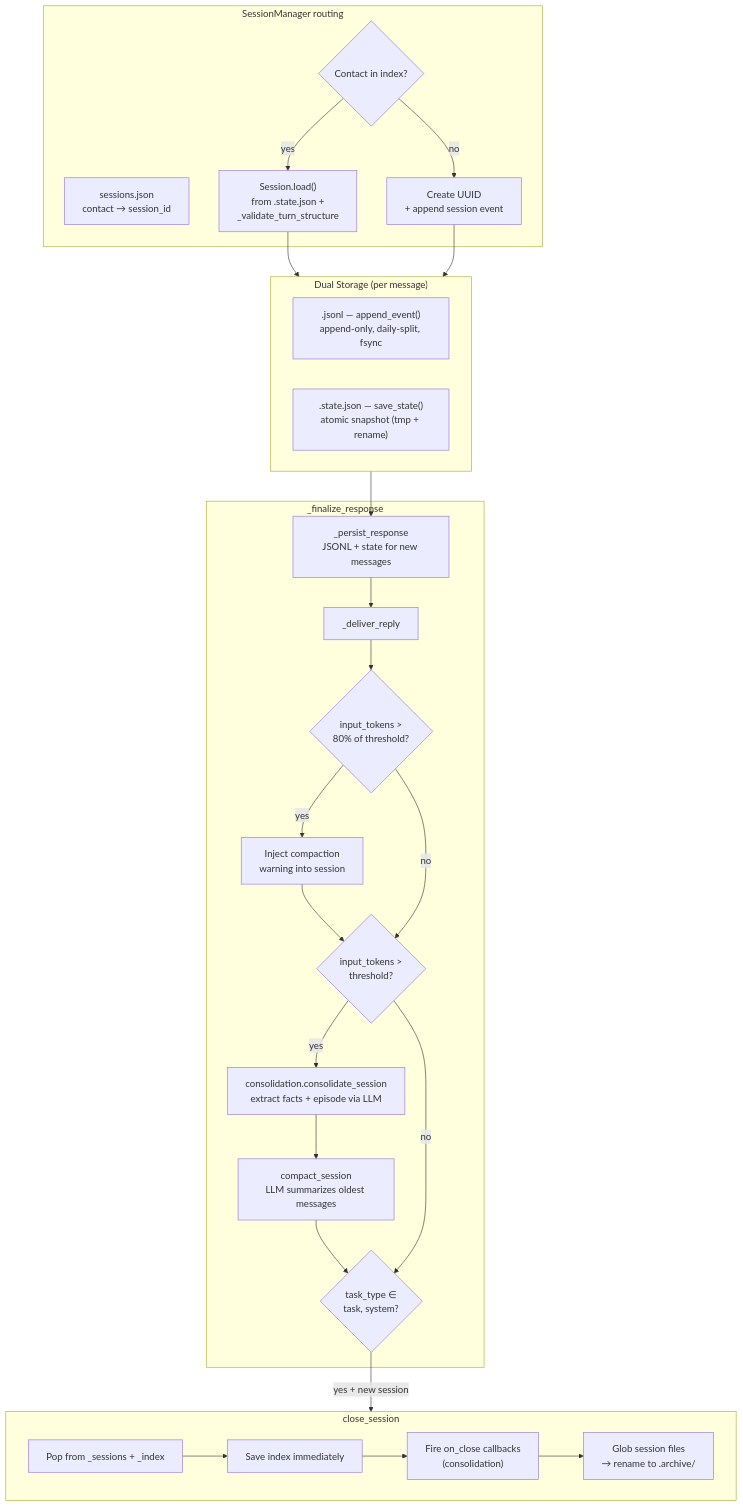
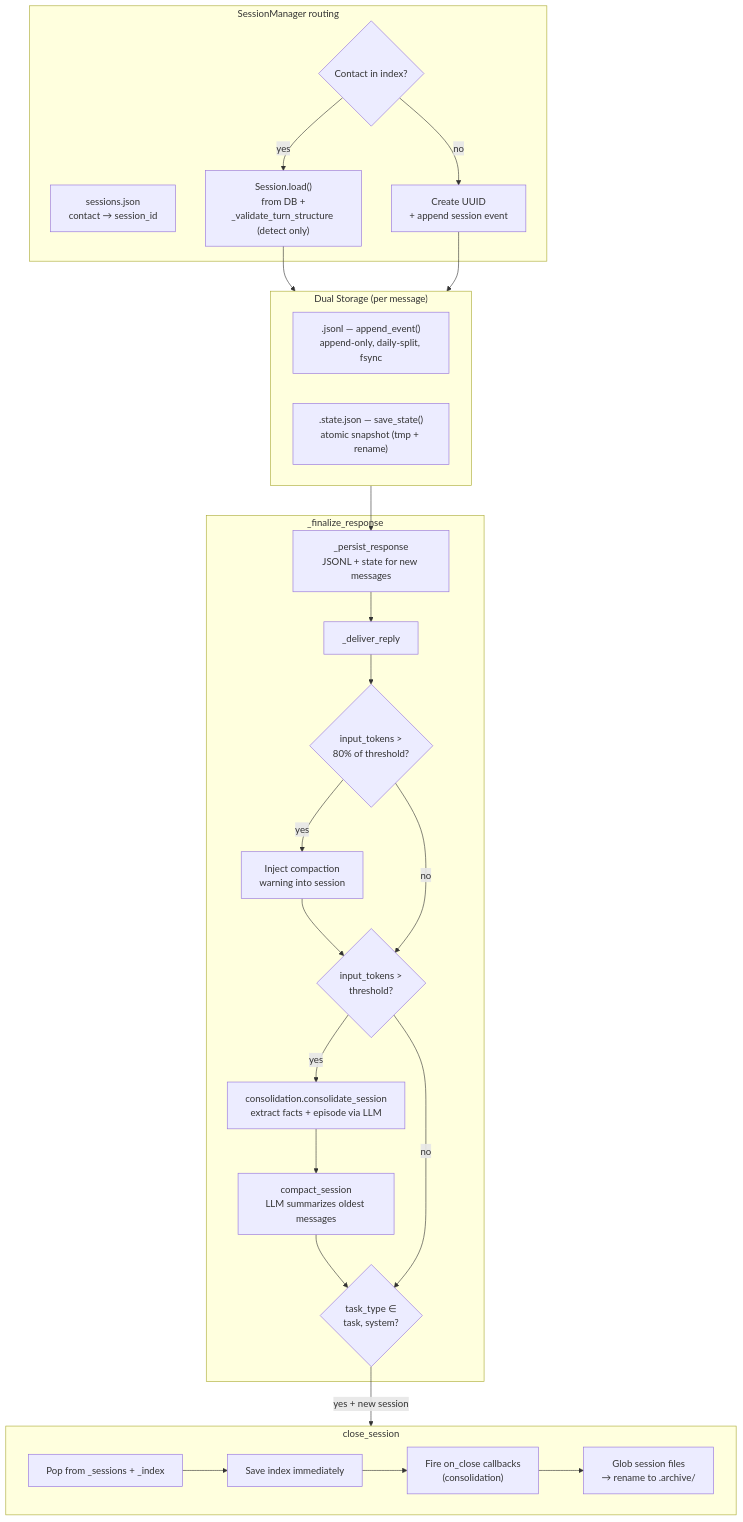
One commit to nicolasforstinger/lucyd changed the sixth of 10 diagrams in docs/diagrams.md. Above: the diagram before and after it, drawn with Mermaid. The commit also changed other lines of this file and 27 other files, not shown here.

````diff
--- a/docs/diagrams.md
+++ b/docs/diagrams.md
@@ -402,44 +398,44 @@
 ```mermaid
 flowchart TD
     subgraph Routing["SessionManager routing"]
         INDEX["sessions.json<br/>contact → session_id"]
         LOOKUP{"Contact in index?"}
-        LOAD["Session.load()<br/>from .state.json +<br/>_validate_turn_structure"]
+        LOAD["Session.load()<br/>from DB +<br/>_validate_turn_structure (detect only)"]
         NEW["Create UUID<br/>+ append session event"]
     end
 
     subgraph Storage["Dual Storage (per message)"]
         JSONL[".jsonl — append_event()<br/>append-only, daily-split, fsync"]
         STATE[".state.json — save_state()<br/>atomic snapshot (tmp + rename)"]
     end
 
     subgraph Finalize["_finalize_response"]
         PERSIST["_persist_response<br/>JSONL + state for new messages"]
         DELIVER["_deliver_reply"]
         WARN_CHECK{"input_tokens ><br/>80% of threshold?"}
         WARN["Inject compaction<br/>warning into session"]
         COMPACT_CHECK{"input_tokens ><br/>threshold?"}
         CONSOLIDATE["consolidation.consolidate_session<br/>extract facts + episode via LLM"]
         COMPACT["compact_session<br/>LLM summarizes oldest messages"]
         AUTOCLOSE{"task_type ∈<br/>task, system?"}
     end
 
     subgraph Close["close_session"]
         POP["Pop from _sessions + _index"]
         SAVE_IDX["Save index immediately"]
         CALLBACKS["Fire on_close callbacks<br/>(consolidation)"]
         ARCHIVE["Glob session files<br/>→ rename to .archive/"]
     end
 
     LOOKUP -->|yes| LOAD
     LOOKUP -->|no| NEW
     LOAD --> Storage
     NEW --> Storage
     Storage --> PERSIST --> DELIVER --> WARN_CHECK
     WARN_CHECK -->|yes| WARN --> COMPACT_CHECK
     WARN_CHECK -->|no| COMPACT_CHECK
     COMPACT_CHECK -->|yes| CONSOLIDATE --> COMPACT --> AUTOCLOSE
     COMPACT_CHECK -->|no| AUTOCLOSE
     AUTOCLOSE -->|"yes + new session"| Close
     POP --> SAVE_IDX --> CALLBACKS --> ARCHIVE
 ```
````
